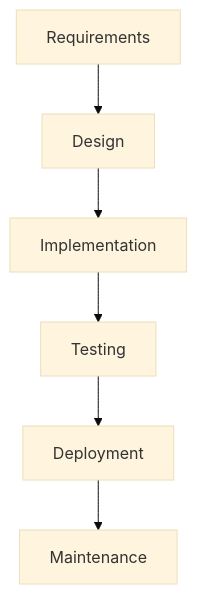
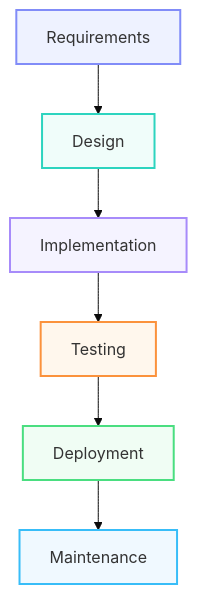
The diagram in latihan/id/Vivianllz/exer1.md (drshahizan/learn-github), drawn with Mermaid (base theme) before and after one commit.

````diff
--- a/latihan/id/Vivianllz/exer1.md
+++ b/latihan/id/Vivianllz/exer1.md
@@ -36,8 +36,15 @@
 ```mermaid
 flowchart TD
     A[Requirements] --> B[Design]
     B --> C[Implementation]
     C --> D[Testing]
     D --> E[Deployment]
     E --> F[Maintenance]
+
+    style A fill:#eef2ff,stroke:#818cf8,stroke-width:2px
+    style B fill:#f0fdfa,stroke:#2dd4bf,stroke-width:2px
+    style C fill:#f5f3ff,stroke:#a78bfa,stroke-width:2px
+    style D fill:#fff7ed,stroke:#fb923c,stroke-width:2px
+    style E fill:#f0fdf4,stroke:#4ade80,stroke-width:2px
+    style F fill:#f0f9ff,stroke:#38bdf8,stroke-width:2px
 ```
````
